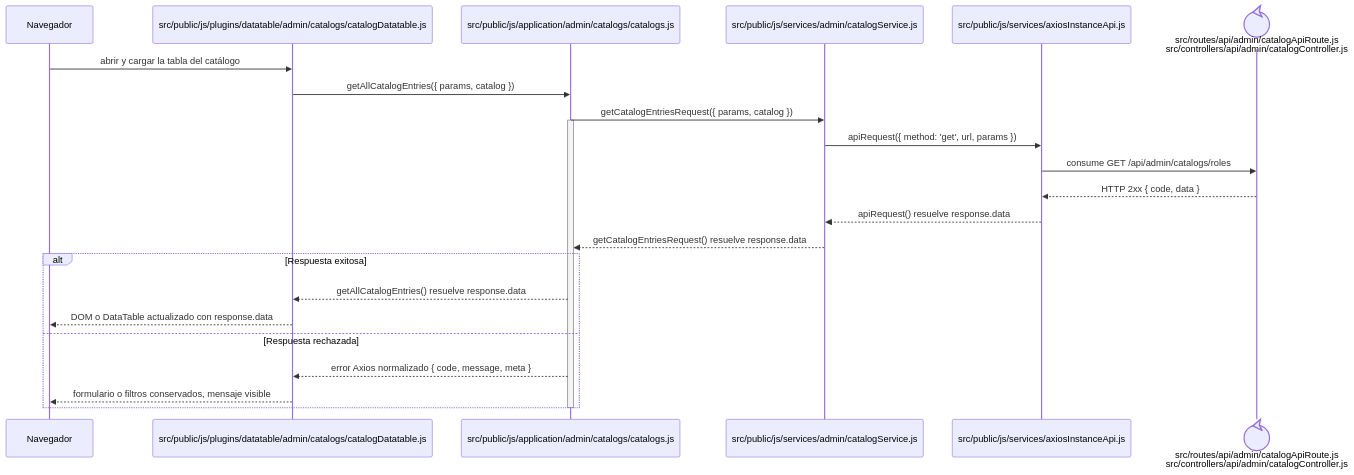
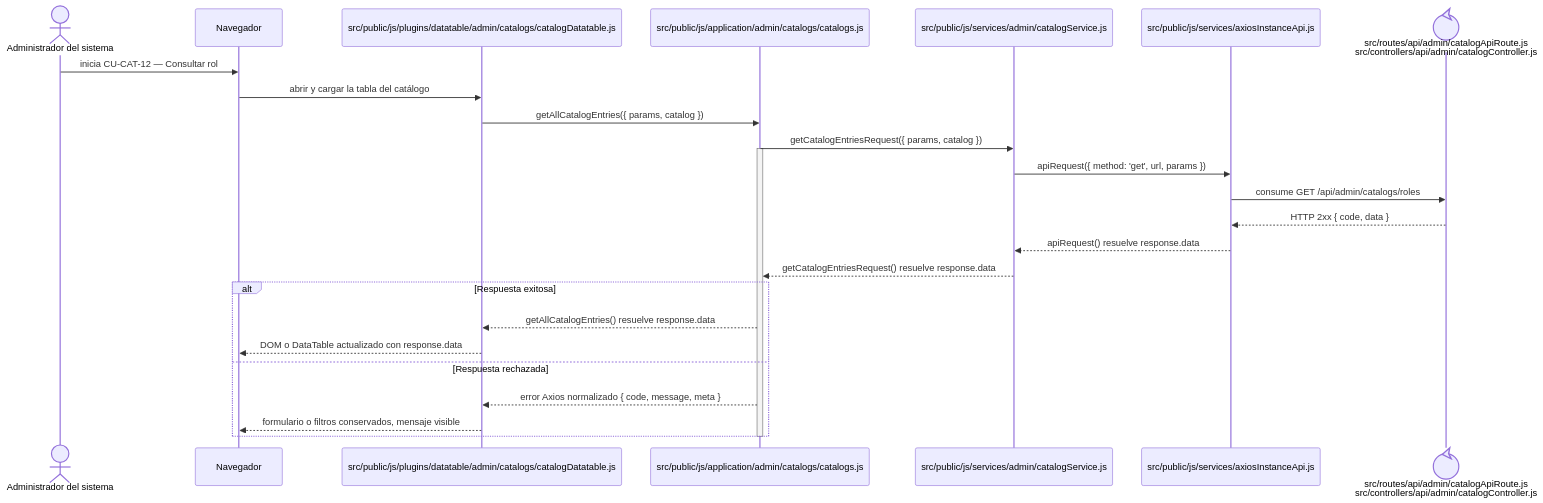
Before and after one commit to gpgsistemas01/nexus: the diagram in docs/architecture/frontend-code-sequences/catalogs/cu-cat-12.md, drawn with Mermaid. The commit also changed 105 other files, not shown here.

````diff
--- a/docs/architecture/frontend-code-sequences/catalogs/cu-cat-12.md
+++ b/docs/architecture/frontend-code-sequences/catalogs/cu-cat-12.md
@@ -6,27 +6,29 @@
 ```mermaid
 sequenceDiagram
+    actor Initiator as Administrador del sistema
     participant Browser as Navegador
     participant View as src/public/js/plugins/datatable/admin/catalogs/catalogDatatable.js
     participant Application as src/public/js/application/admin/catalogs/catalogs.js
     participant Request as src/public/js/services/admin/catalogService.js
     participant HTTP as src/public/js/services/axiosInstanceApi.js
     participant Transport@{ "type": "control" } as src/routes/api/admin/catalogApiRoute.js<br/>src/controllers/api/admin/catalogController.js
 
+    Initiator->>Browser: inicia CU-CAT-12 — Consultar rol
     Browser->>View: abrir y cargar la tabla del catálogo
     View->>Application: getAllCatalogEntries({ params, catalog })
     Application->>Request: getCatalogEntriesRequest({ params, catalog })
     activate Application
     Request->>HTTP: apiRequest({ method: 'get', url, params })
     HTTP->>Transport: consume GET /api/admin/catalogs/roles
     Transport-->>HTTP: HTTP 2xx { code, data }
     HTTP-->>Request: apiRequest() resuelve response.data
     Request-->>Application: getCatalogEntriesRequest() resuelve response.data
     alt Respuesta exitosa
         Application-->>View: getAllCatalogEntries() resuelve response.data
         View-->>Browser: DOM o DataTable actualizado con response.data
     else Respuesta rechazada
         Application-->>View: error Axios normalizado { code, message, meta }
         View-->>Browser: formulario o filtros conservados, mensaje visible
     end
     deactivate Application
 ```
````
